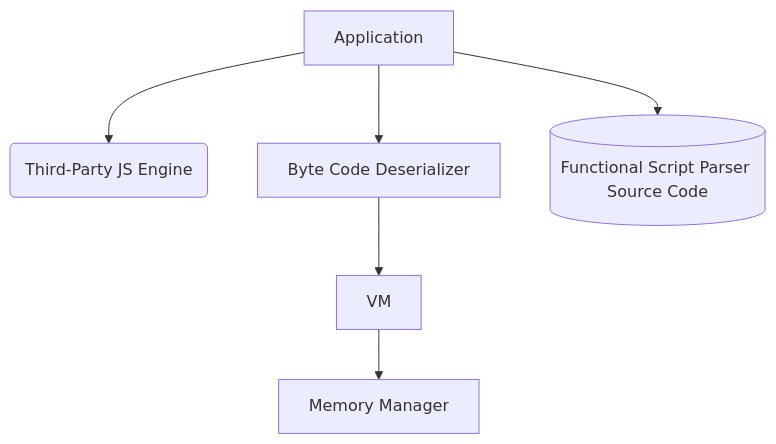
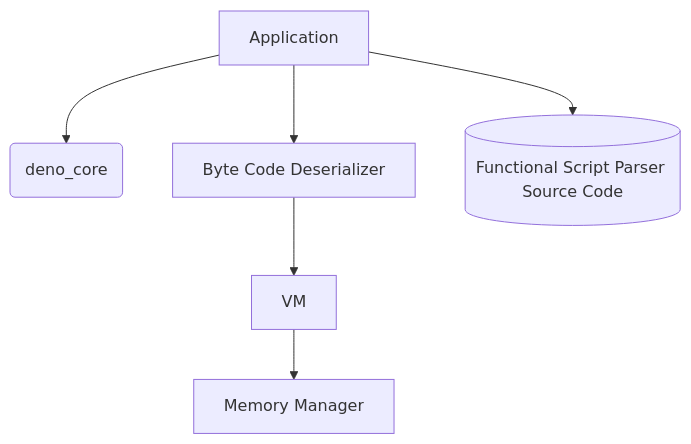
One commit to functionalscript/functionalscript changed the second of 3 diagrams in doc/vm-rearchitecture.md. Above: the diagram before and after it, drawn with Mermaid. The commit also changed other lines of this file, not shown here.

````diff
--- a/doc/vm-rearchitecture.md
+++ b/doc/vm-rearchitecture.md
@@ -34,6 +29,6 @@
 ```mermaid
 flowchart TB
-  app[Application] --> deno(Third-Party JS Engine)
+  app[Application] --> deno(deno_core)
   app --> bcd[Byte Code Deserializer] --> js[VM] --> mem[Memory Manager]
   app --> fsp[(Functional Script Parser Source Code)]
 ```
````
